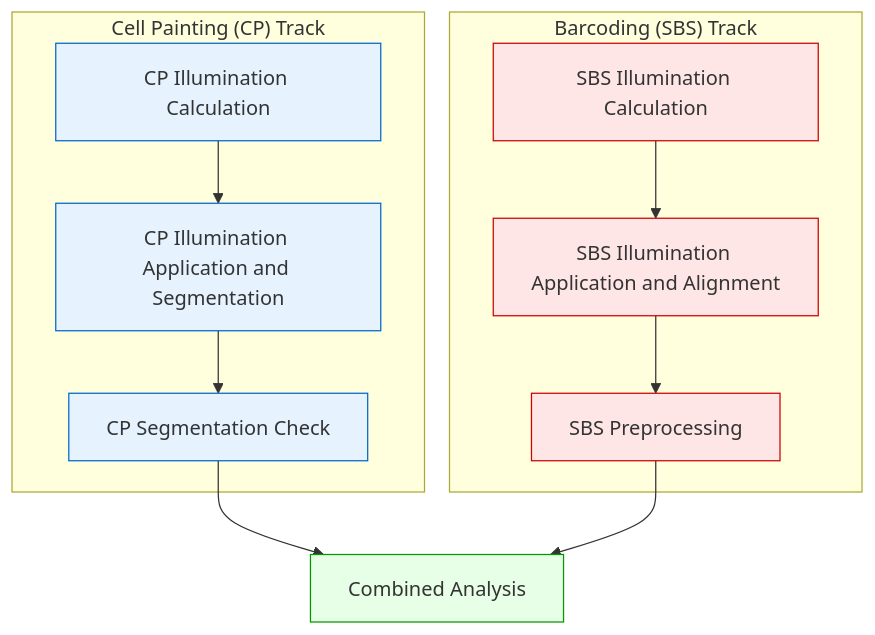
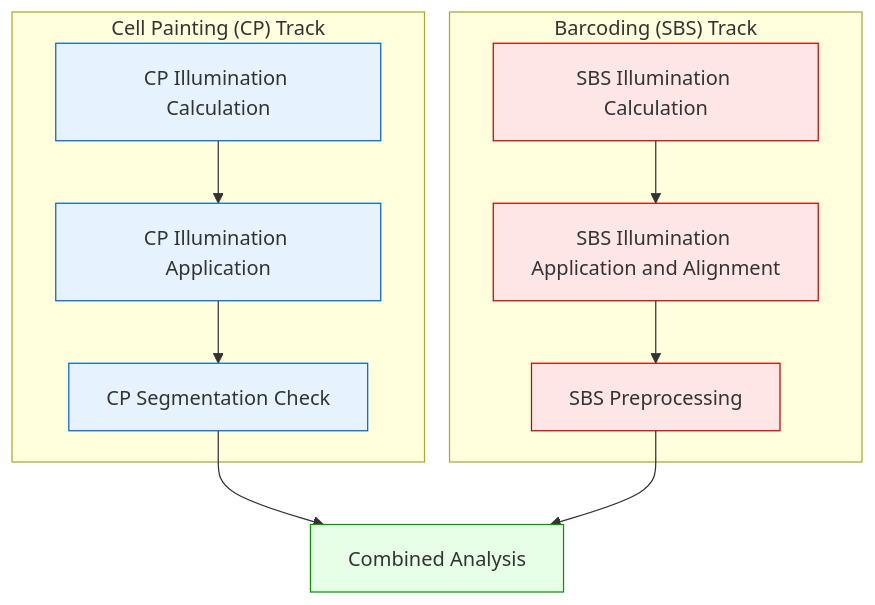
The diagram in docs/user/example-pipeline-cli.md (broadinstitute/starrynight), drawn with Mermaid before and after one commit. The commit also changed other lines of this file, not shown here.

First line of the commit message:
fix(docs): correct CP Illumination Application naming in pipeline documentation

````diff
--- a/docs/user/example-pipeline-cli.md
+++ b/docs/user/example-pipeline-cli.md
@@ -25,25 +25,25 @@
 ```mermaid
 flowchart TD
     subgraph "Cell Painting (CP) Track"
         CP1["CP Illumination Calculation"] -->
-        CP2["CP Illumination Application and Segmentation"] -->
+        CP2["CP Illumination Application"] -->
         CP3["CP Segmentation Check"]
     end
 
     subgraph "Barcoding (SBS) Track"
         SBS1["SBS Illumination Calculation"] -->
         SBS2["SBS Illumination Application and Alignment"] -->
         SBS3["SBS Preprocessing"]
     end
 
     CP3 & SBS3 --> Analysis["Combined Analysis"]
 
     %% Styling
     classDef cpTrack fill:#e6f3ff,stroke:#0066cc
     classDef sbsTrack fill:#ffe6e6,stroke:#cc0000
     classDef analysisStep fill:#e6ffe6,stroke:#009900
 
     class CP1,CP2,CP3 cpTrack
     class SBS1,SBS2,SBS3 sbsTrack
     class Analysis analysisStep
 ```
````
